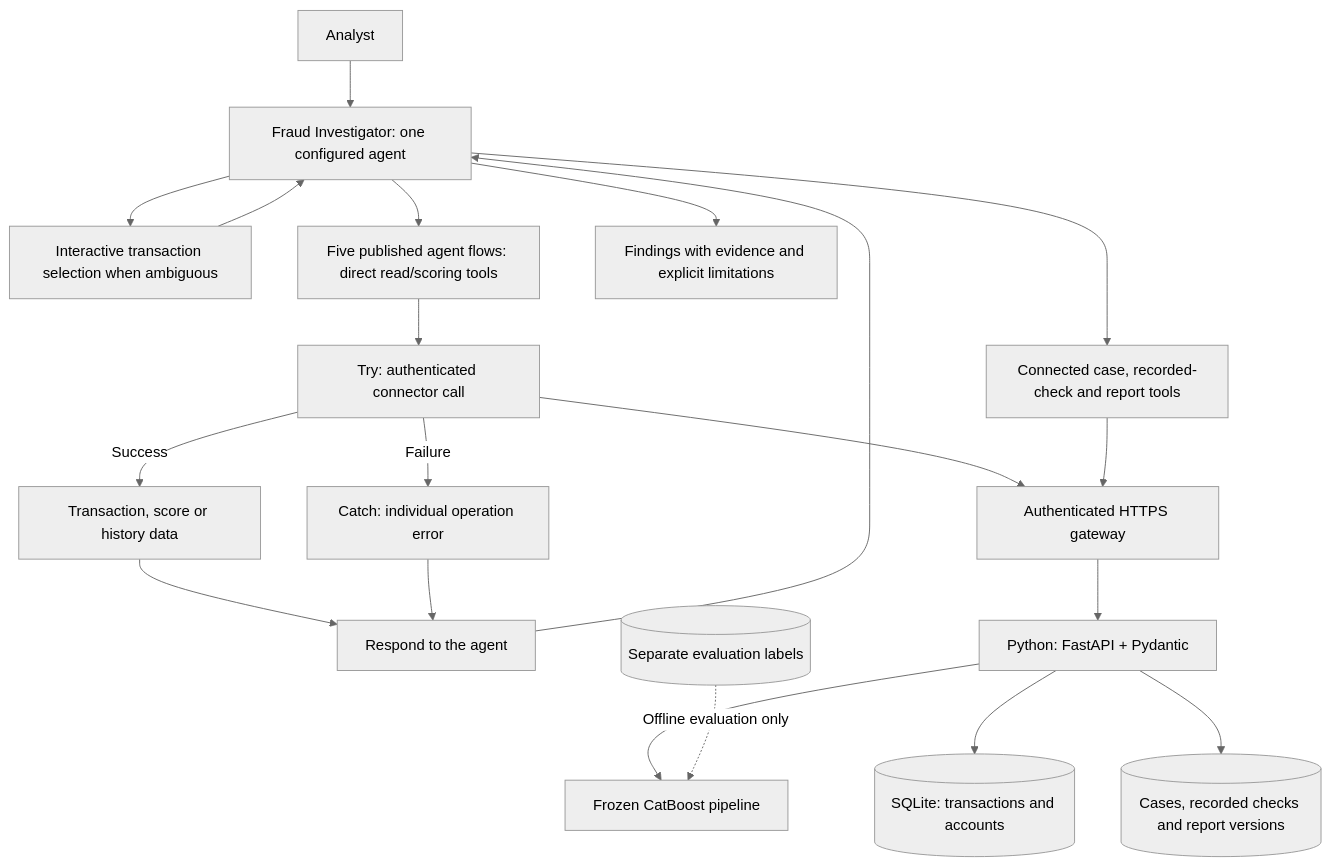
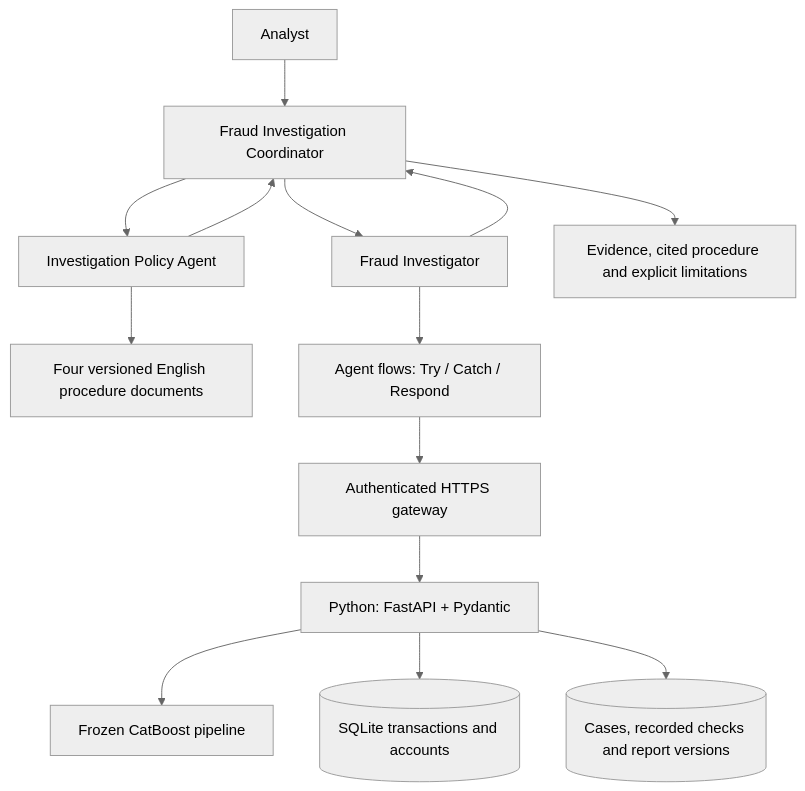
The diagram in README.md (zakilbaki/fraud-investigation), drawn with Mermaid (neutral theme) before and after one commit. The commit also changed other lines of this file and 6 other files, not shown here.

Commit message:
Document multiagent coordinator and add 20-case evaluation suite

````diff
--- a/README.md
+++ b/README.md
@@ -17,22 +17,16 @@
 ```mermaid
 flowchart TD
-    U[Analyst] --> I[Fraud Investigator: one configured agent]
-    I --> Q[Interactive transaction selection when ambiguous]
-    Q --> I
-    I --> F[Five published agent flows: direct read/scoring tools]
-    F --> T[Try: authenticated connector call]
-    T -->|Success| OK[Transaction, score or history data]
-    T -->|Failure| C[Catch: individual operation error]
-    OK --> R[Respond to the agent]
-    C --> R
-    R --> I
-    I --> K[Connected case, recorded-check and report tools]
-    T --> G[Authenticated HTTPS gateway]
-    K --> G
+    U[Analyst] --> C[Fraud Investigation Coordinator]
+    C --> I[Fraud Investigator]
+    C --> P[Investigation Policy Agent]
+    P --> K[Four versioned English procedure documents]
+    I --> F[Agent flows: Try / Catch / Respond]
+    F --> G[Authenticated HTTPS gateway]
     G --> B[Python: FastAPI + Pydantic]
     B --> M[Frozen CatBoost pipeline]
-    B --> D[(SQLite: transactions and accounts)]
+    B --> D[(SQLite transactions and accounts)]
     B --> E[(Cases, recorded checks and report versions)]
-    I --> A[Findings with evidence and explicit limitations]
-    L[(Separate evaluation labels)] -. Offline evaluation only .-> M
+    I --> C
+    P --> C
+    C --> A[Evidence, cited procedure and explicit limitations]
 ```
````
